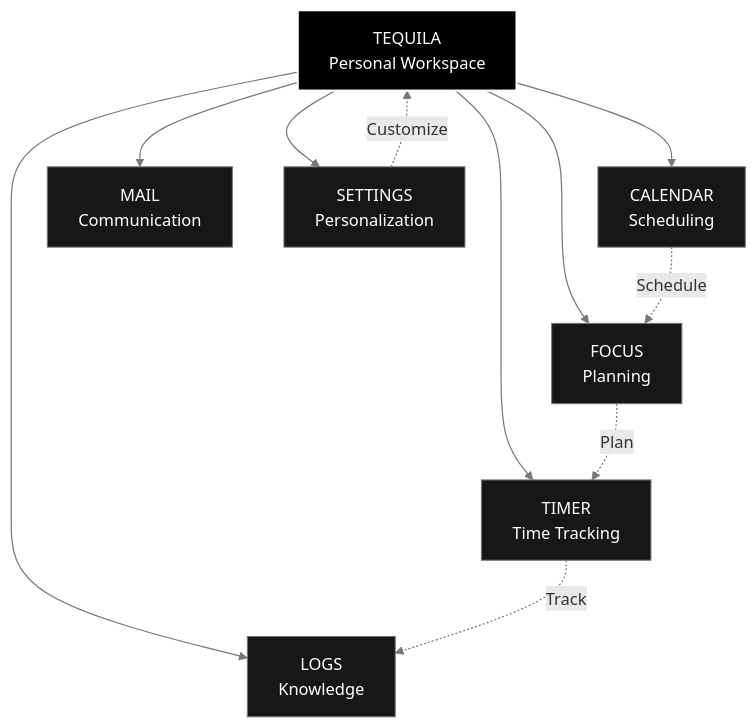
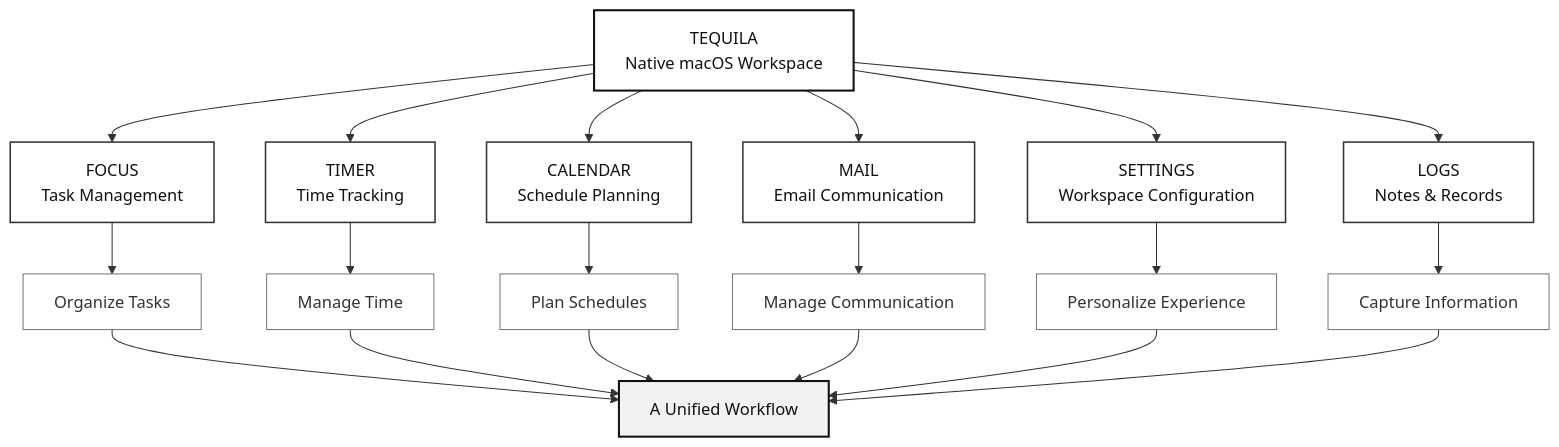
One commit to caiyuyou1227-glitch/tequila changed the first of 2 diagrams in README.md. Above: the diagram before and after it, drawn with Mermaid. The commit also changed other lines of this file, not shown here.

````diff
--- a/README.md
+++ b/README.md
@@ -47,24 +53,36 @@
 ```mermaid
+%%{init: {"theme":"base","themeVariables":{"primaryColor":"#ffffff","primaryTextColor":"#111111","primaryBorderColor":"#111111","lineColor":"#333333","secondaryColor":"#ffffff","tertiaryColor":"#ffffff","fontFamily":"Arial"}}}%%
 flowchart TD
-    A["TEQUILA<br/>Personal Workspace"]
+    A["TEQUILA<br/>Native macOS Workspace"]
 
-    A --> B["FOCUS<br/>Planning"]
+    A --> B["FOCUS<br/>Task Management"]
     A --> C["TIMER<br/>Time Tracking"]
-    A --> D["CALENDAR<br/>Scheduling"]
-    A --> E["MAIL<br/>Communication"]
-    A --> F["SETTINGS<br/>Personalization"]
-    A --> G["LOGS<br/>Knowledge"]
+    A --> D["CALENDAR<br/>Schedule Planning"]
+    A --> E["MAIL<br/>Email Communication"]
+    A --> F["SETTINGS<br/>Workspace Configuration"]
+    A --> G["LOGS<br/>Notes & Records"]
 
-    B -. "Plan" .-> C
-    C -. "Track" .-> G
-    D -. "Schedule" .-> B
-    F -. "Customize" .-> A
+    B --> H["Organize Tasks"]
+    C --> I["Manage Time"]
+    D --> J["Plan Schedules"]
+    E --> K["Manage Communication"]
+    F --> L["Personalize Experience"]
+    G --> M["Capture Information"]
 
-    classDef core fill:#000000,stroke:#FFFFFF,color:#FFFFFF,stroke-width:2px
-    classDef module fill:#171717,stroke:#777777,color:#FFFFFF,stroke-width:1px
+    H --> N["A Unified Workflow"]
+    I --> N
+    J --> N
+    K --> N
+    L --> N
+    M --> N
 
-    class A core
-    class B,C,D,E,F,G module
+    classDef main fill:#ffffff,stroke:#111111,color:#111111,stroke-width:2px;
+    classDef module fill:#ffffff,stroke:#333333,color:#111111,stroke-width:1.5px;
+    classDef detail fill:#ffffff,stroke:#777777,color:#333333,stroke-width:1px;
+    classDef result fill:#f2f2f2,stroke:#111111,color:#111111,stroke-width:2px;
 
-    linkStyle default stroke:#777777,stroke-width:1.2px
+    class A main;
+    class B,C,D,E,F,G module;
+    class H,I,J,K,L,M detail;
+    class N result;
 ```
````
